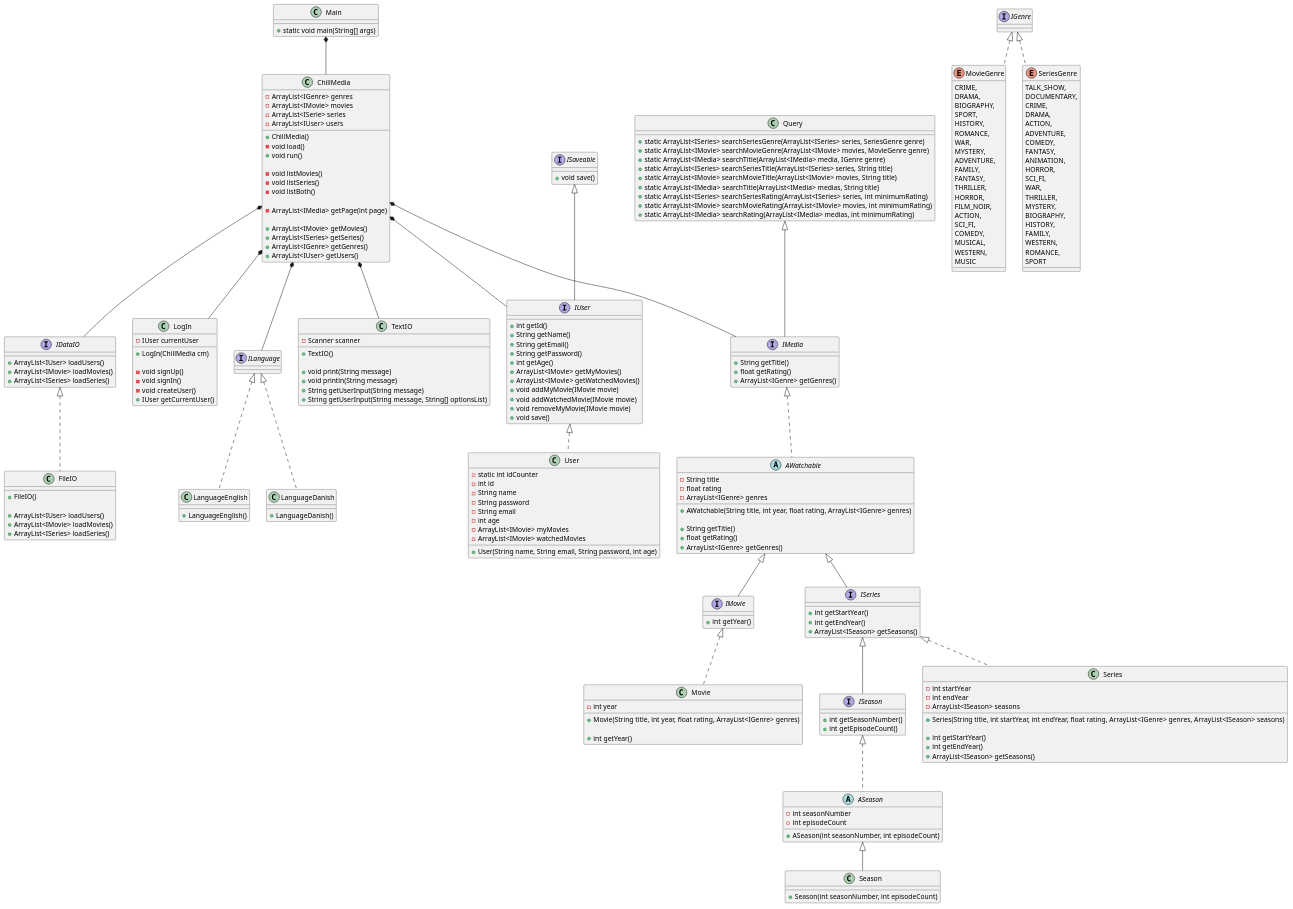
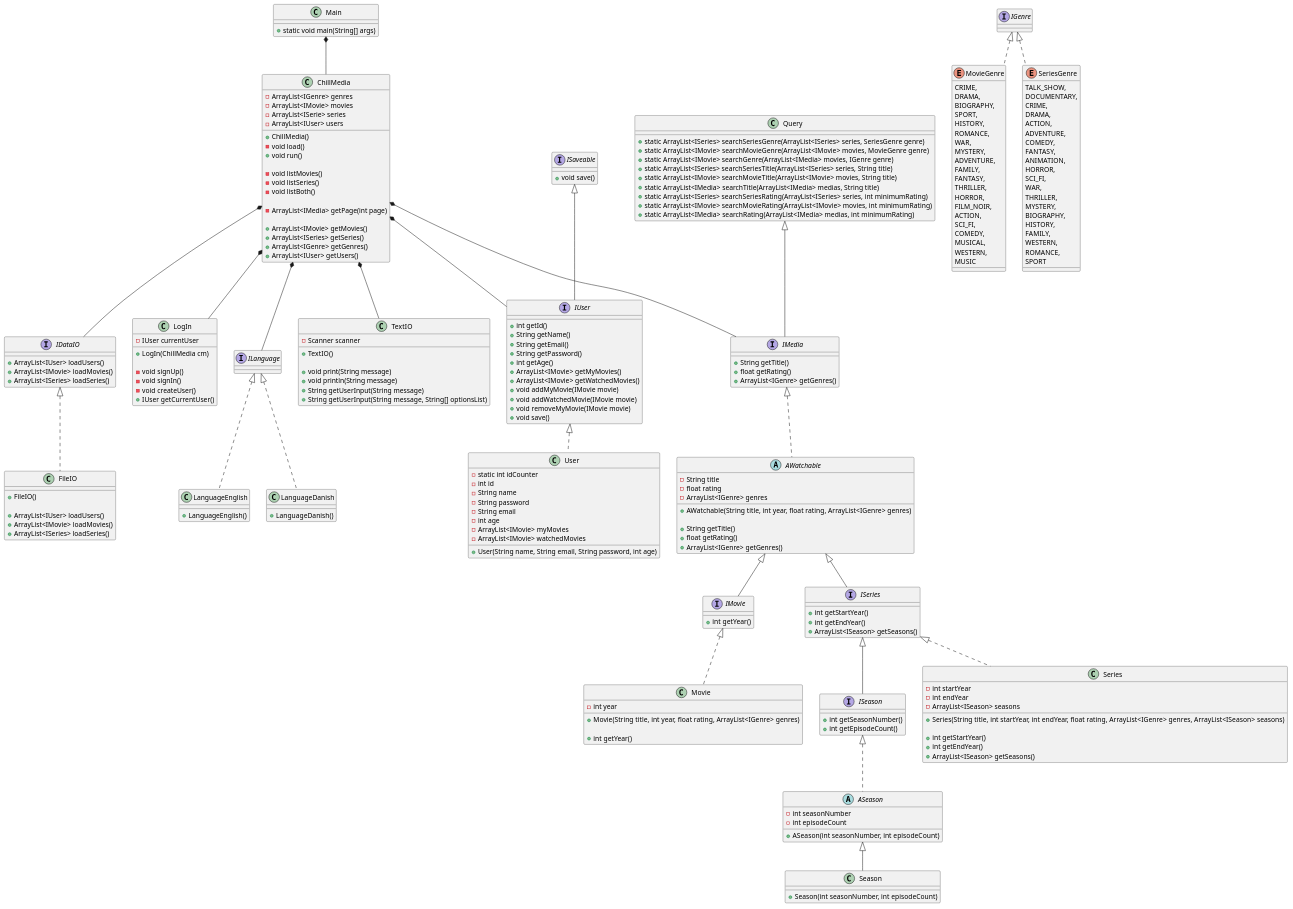
One commit to Peter537/Dat1-SP3 changed the diagram in Documentation/Streamingtjeneste.puml. Above: the diagram before and after it, drawn with PlantUML. The commit also changed 1 other file, not shown here.

```diff
--- a/Documentation/Streamingtjeneste.puml
+++ b/Documentation/Streamingtjeneste.puml
@@ -47,7 +47,7 @@
     ' OG BRUGE DEN I CHILLMEDIA OG DERFRA BRUGE QUERY
     + static ArrayList<ISeries> searchSeriesGenre(ArrayList<ISeries> series, SeriesGenre genre)
     + static ArrayList<IMovie> searchMovieGenre(ArrayList<IMovie> movies, MovieGenre genre)
-    + static ArrayList<IMedia> searchTitle(ArrayList<IMedia> media, IGenre genre)
+    + static ArrayList<IMovie> searchGenre(ArrayList<IMedia> movies, IGenre genre)
     + static ArrayList<ISeries> searchSeriesTitle(ArrayList<ISeries> series, String title)
     + static ArrayList<IMovie> searchMovieTitle(ArrayList<IMovie> movies, String title)
     + static ArrayList<IMedia> searchTitle(ArrayList<IMedia> medias, String title)
```
